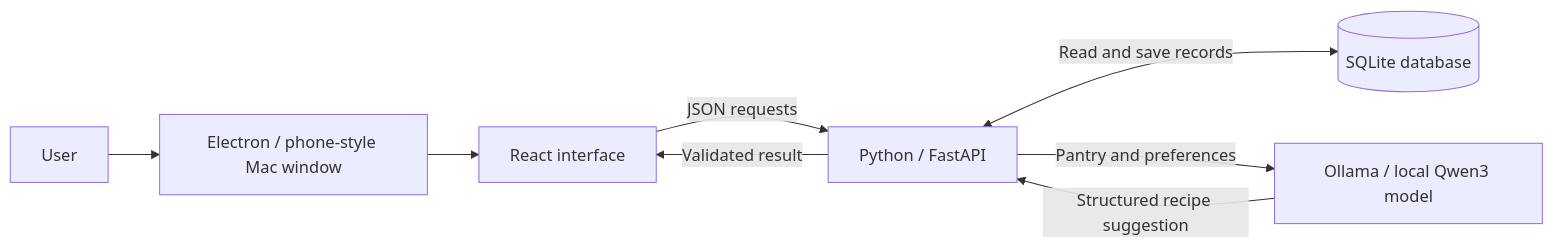
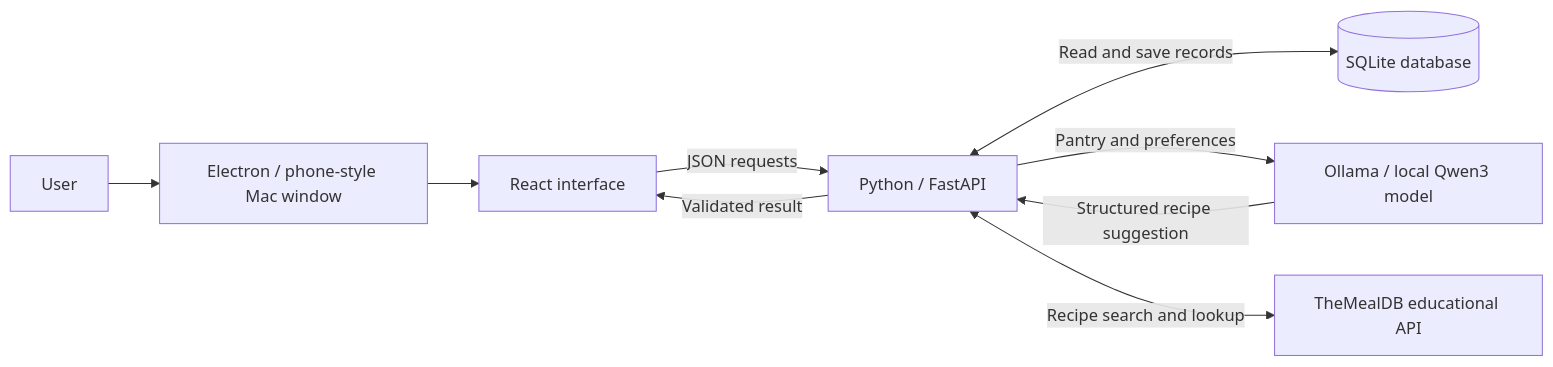
Before and after one commit to miggymaliksi/CO-TC-Case-Comp-Winners: the diagram in docs/TECHNICAL_RUNDOWN.md, drawn with Mermaid. The commit also changed other lines of this file and 5 other files, not shown here.

````diff
--- a/docs/TECHNICAL_RUNDOWN.md
+++ b/docs/TECHNICAL_RUNDOWN.md
@@ -9,10 +9,11 @@
 ```mermaid
 flowchart LR
     U[User] --> E[Electron / phone-style Mac window]
     E --> R[React interface]
     R -->|JSON requests| P[Python / FastAPI]
     P <-->|Read and save records| D[(SQLite database)]
     P -->|Pantry and preferences| O[Ollama / local Qwen3 model]
     O -->|Structured recipe suggestion| P
     P -->|Validated result| R
+    P <-->|Recipe search and lookup| T[TheMealDB educational API]
 ```
````
